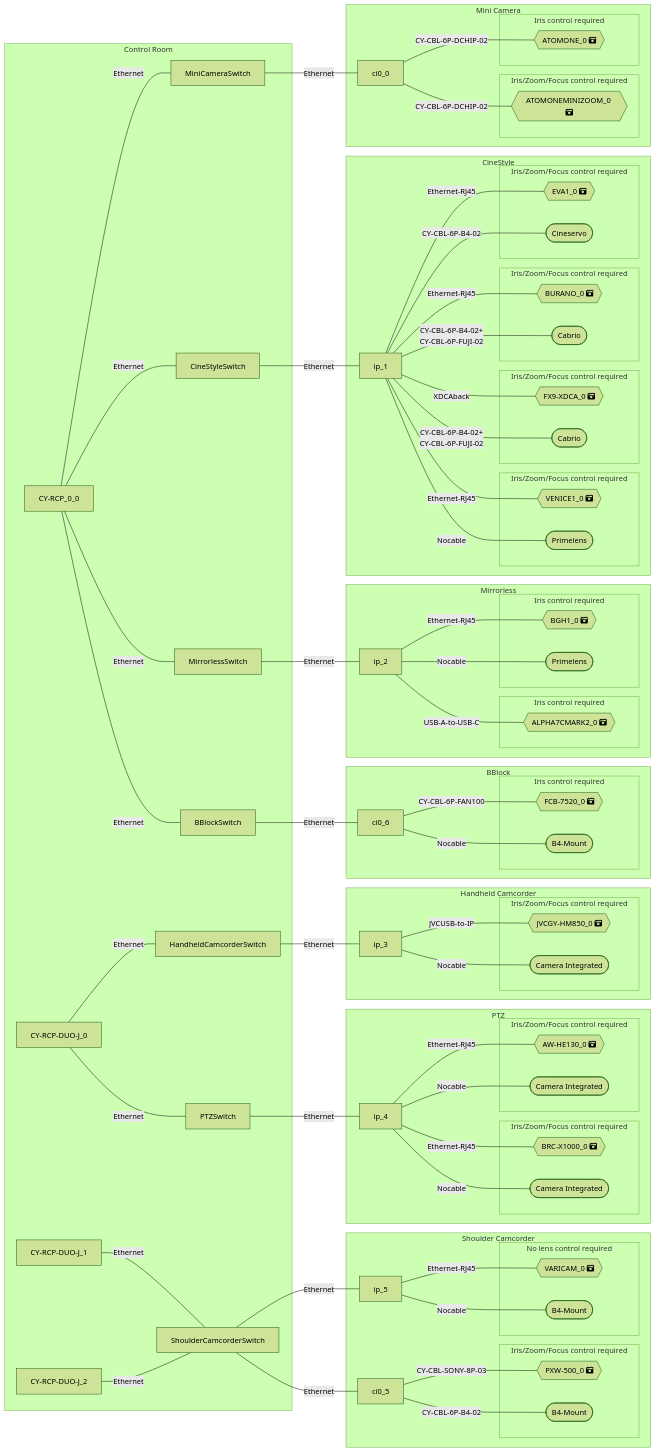
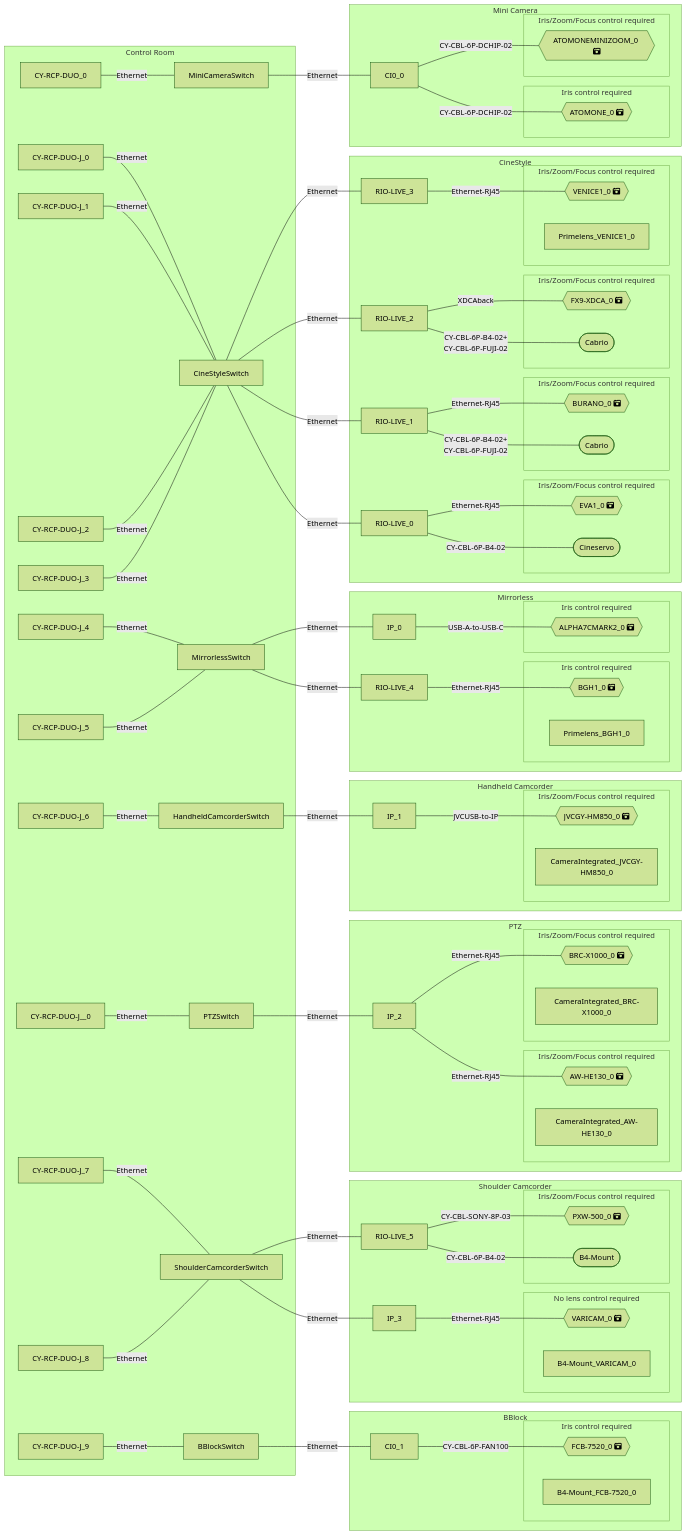
One commit to Rascarquapac/UIevaluation changed the diagram in debug/mermaid_code.md. Above: the diagram before and after it, drawn with Mermaid (forest theme). The commit also changed 4 other files, not shown here.

```diff
--- a/debug/mermaid_code.md
+++ b/debug/mermaid_code.md
@@ -1,116 +1,117 @@
 :::mermaid
 graph RL
 subgraph Mini Camera
-ATOMONE_0{{"ATOMONE_0 fa:fa-camera-retro"}}---|CY-CBL-6P-DCHIP-02|ci0_0
+ATOMONE_0{{"ATOMONE_0 fa:fa-camera-retro"}}---|CY-CBL-6P-DCHIP-02|CI0_0
   subgraph ATOMONE_0_cameralens [Iris control required]
     ATOMONE_0
   end
-ATOMONEMINIZOOM_0{{"ATOMONEMINIZOOM_0 fa:fa-camera-retro"}}---|CY-CBL-6P-DCHIP-02|ci0_0
+ATOMONEMINIZOOM_0{{"ATOMONEMINIZOOM_0 fa:fa-camera-retro"}}---|CY-CBL-6P-DCHIP-02|CI0_0
   subgraph ATOMONEMINIZOOM_0_cameralens [Iris/Zoom/Focus control required]
     ATOMONEMINIZOOM_0
   end
 end
 subgraph CineStyle
-EVA1_0{{"EVA1_0 fa:fa-camera-retro"}}---|Ethernet-RJ45|ip_1
-Cineservo_EVA1_0([Cineservo])---|CY-CBL-6P-B4-02|ip_1
+EVA1_0{{"EVA1_0 fa:fa-camera-retro"}}---|Ethernet-RJ45|RIO-LIVE_0
+Cineservo_EVA1_0([Cineservo])---|CY-CBL-6P-B4-02|RIO-LIVE_0
   subgraph EVA1_0_cameralens [Iris/Zoom/Focus control required]
     EVA1_0
     Cineservo_EVA1_0
   end
-BURANO_0{{"BURANO_0 fa:fa-camera-retro"}}---|Ethernet-RJ45|ip_1
+BURANO_0{{"BURANO_0 fa:fa-camera-retro"}}---|Ethernet-RJ45|RIO-LIVE_1
 Cabrio_BURANO_0([Cabrio])---|CY-CBL-6P-B4-02+
-CY-CBL-6P-FUJI-02|ip_1
+CY-CBL-6P-FUJI-02|RIO-LIVE_1
   subgraph BURANO_0_cameralens [Iris/Zoom/Focus control required]
     BURANO_0
     Cabrio_BURANO_0
   end
-FX9-XDCA_0{{"FX9-XDCA_0 fa:fa-camera-retro"}}---|XDCAback|ip_1
+FX9-XDCA_0{{"FX9-XDCA_0 fa:fa-camera-retro"}}---|XDCAback|RIO-LIVE_2
 Cabrio_FX9-XDCA_0([Cabrio])---|CY-CBL-6P-B4-02+
-CY-CBL-6P-FUJI-02|ip_1
+CY-CBL-6P-FUJI-02|RIO-LIVE_2
   subgraph FX9-XDCA_0_cameralens [Iris/Zoom/Focus control required]
     FX9-XDCA_0
     Cabrio_FX9-XDCA_0
   end
-VENICE1_0{{"VENICE1_0 fa:fa-camera-retro"}}---|Ethernet-RJ45|ip_1
-Primelens_VENICE1_0([Primelens])---|Nocable|ip_1
+VENICE1_0{{"VENICE1_0 fa:fa-camera-retro"}}---|Ethernet-RJ45|RIO-LIVE_3
   subgraph VENICE1_0_cameralens [Iris/Zoom/Focus control required]
     VENICE1_0
     Primelens_VENICE1_0
   end
 end
 subgraph Mirrorless
-BGH1_0{{"BGH1_0 fa:fa-camera-retro"}}---|Ethernet-RJ45|ip_2
-Primelens_BGH1_0([Primelens])---|Nocable|ip_2
+BGH1_0{{"BGH1_0 fa:fa-camera-retro"}}---|Ethernet-RJ45|RIO-LIVE_4
   subgraph BGH1_0_cameralens [Iris control required]
     BGH1_0
     Primelens_BGH1_0
   end
-ALPHA7CMARK2_0{{"ALPHA7CMARK2_0 fa:fa-camera-retro"}}---|USB-A-to-USB-C|ip_2
+ALPHA7CMARK2_0{{"ALPHA7CMARK2_0 fa:fa-camera-retro"}}---|USB-A-to-USB-C|IP_0
   subgraph ALPHA7CMARK2_0_cameralens [Iris control required]
     ALPHA7CMARK2_0
   end
 end
 subgraph Handheld Camcorder
-JVCGY-HM850_0{{"JVCGY-HM850_0 fa:fa-camera-retro"}}---|JVCUSB-to-IP|ip_3
-CameraIntegrated_JVCGY-HM850_0([Camera Integrated])---|Nocable|ip_3
+JVCGY-HM850_0{{"JVCGY-HM850_0 fa:fa-camera-retro"}}---|JVCUSB-to-IP|IP_1
   subgraph JVCGY-HM850_0_cameralens [Iris/Zoom/Focus control required]
     JVCGY-HM850_0
     CameraIntegrated_JVCGY-HM850_0
   end
 end
 subgraph PTZ
-AW-HE130_0{{"AW-HE130_0 fa:fa-camera-retro"}}---|Ethernet-RJ45|ip_4
-CameraIntegrated_AW-HE130_0([Camera Integrated])---|Nocable|ip_4
+AW-HE130_0{{"AW-HE130_0 fa:fa-camera-retro"}}---|Ethernet-RJ45|IP_2
   subgraph AW-HE130_0_cameralens [Iris/Zoom/Focus control required]
     AW-HE130_0
     CameraIntegrated_AW-HE130_0
   end
-BRC-X1000_0{{"BRC-X1000_0 fa:fa-camera-retro"}}---|Ethernet-RJ45|ip_4
-CameraIntegrated_BRC-X1000_0([Camera Integrated])---|Nocable|ip_4
+BRC-X1000_0{{"BRC-X1000_0 fa:fa-camera-retro"}}---|Ethernet-RJ45|IP_2
   subgraph BRC-X1000_0_cameralens [Iris/Zoom/Focus control required]
     BRC-X1000_0
     CameraIntegrated_BRC-X1000_0
   end
 end
 subgraph Shoulder Camcorder
-VARICAM_0{{"VARICAM_0 fa:fa-camera-retro"}}---|Ethernet-RJ45|ip_5
-B4-Mount_VARICAM_0([B4-Mount])---|Nocable|ip_5
+VARICAM_0{{"VARICAM_0 fa:fa-camera-retro"}}---|Ethernet-RJ45|IP_3
   subgraph VARICAM_0_cameralens [No lens control required]
     VARICAM_0
     B4-Mount_VARICAM_0
   end
-PXW-500_0{{"PXW-500_0 fa:fa-camera-retro"}}---|CY-CBL-SONY-8P-03|ci0_5
-B4-Mount_PXW-500_0([B4-Mount])---|CY-CBL-6P-B4-02|ci0_5
+PXW-500_0{{"PXW-500_0 fa:fa-camera-retro"}}---|CY-CBL-SONY-8P-03|RIO-LIVE_5
+B4-Mount_PXW-500_0([B4-Mount])---|CY-CBL-6P-B4-02|RIO-LIVE_5
   subgraph PXW-500_0_cameralens [Iris/Zoom/Focus control required]
     PXW-500_0
     B4-Mount_PXW-500_0
   end
 end
 subgraph BBlock
-FCB-7520_0{{"FCB-7520_0 fa:fa-camera-retro"}}---|CY-CBL-6P-FAN100|ci0_6
-B4-Mount_FCB-7520_0([B4-Mount])---|Nocable|ci0_6
+FCB-7520_0{{"FCB-7520_0 fa:fa-camera-retro"}}---|CY-CBL-6P-FAN100|CI0_1
   subgraph FCB-7520_0_cameralens [Iris control required]
     FCB-7520_0
     B4-Mount_FCB-7520_0
   end
 end
 subgraph "Control Room" 
-ci0_0 --- |Ethernet|MiniCameraSwitch
-ip_1 --- |Ethernet|CineStyleSwitch
-ip_2 --- |Ethernet|MirrorlessSwitch
-ip_3 --- |Ethernet|HandheldCamcorderSwitch
-ip_4 --- |Ethernet|PTZSwitch
-ip_5 --- |Ethernet|ShoulderCamcorderSwitch
-ci0_5 --- |Ethernet|ShoulderCamcorderSwitch
-ci0_6 --- |Ethernet|BBlockSwitch
-MiniCameraSwitch --- |Ethernet|CY-RCP_0_0
-CineStyleSwitch --- |Ethernet|CY-RCP_0_0
-MirrorlessSwitch --- |Ethernet|CY-RCP_0_0
-BBlockSwitch --- |Ethernet|CY-RCP_0_0
-HandheldCamcorderSwitch --- |Ethernet|CY-RCP-DUO-J_0
-PTZSwitch --- |Ethernet|CY-RCP-DUO-J_0
-ShoulderCamcorderSwitch --- |Ethernet|CY-RCP-DUO-J_1
-ShoulderCamcorderSwitch --- |Ethernet|CY-RCP-DUO-J_2
+CI0_0 --- |Ethernet|MiniCameraSwitch
+RIO-LIVE_0 --- |Ethernet|CineStyleSwitch
+RIO-LIVE_1 --- |Ethernet|CineStyleSwitch
+RIO-LIVE_2 --- |Ethernet|CineStyleSwitch
+RIO-LIVE_3 --- |Ethernet|CineStyleSwitch
+RIO-LIVE_4 --- |Ethernet|MirrorlessSwitch
+IP_0 --- |Ethernet|MirrorlessSwitch
+IP_1 --- |Ethernet|HandheldCamcorderSwitch
+IP_2 --- |Ethernet|PTZSwitch
+IP_3 --- |Ethernet|ShoulderCamcorderSwitch
+RIO-LIVE_5 --- |Ethernet|ShoulderCamcorderSwitch
+CI0_1 --- |Ethernet|BBlockSwitch
+MiniCameraSwitch --- |Ethernet|CY-RCP-DUO_0
+CineStyleSwitch --- |Ethernet|CY-RCP-DUO-J_0
+MirrorlessSwitch --- |Ethernet|CY-RCP-DUO-J_4
+CineStyleSwitch --- |Ethernet|CY-RCP-DUO-J_1
+CineStyleSwitch --- |Ethernet|CY-RCP-DUO-J_2
+CineStyleSwitch --- |Ethernet|CY-RCP-DUO-J_3
+MirrorlessSwitch --- |Ethernet|CY-RCP-DUO-J_5
+HandheldCamcorderSwitch --- |Ethernet|CY-RCP-DUO-J_6
+PTZSwitch --- |Ethernet|CY-RCP-DUO-J__0
+ShoulderCamcorderSwitch --- |Ethernet|CY-RCP-DUO-J_7
+BBlockSwitch --- |Ethernet|CY-RCP-DUO-J_9
+ShoulderCamcorderSwitch --- |Ethernet|CY-RCP-DUO-J_8
 end
 
 :::
```
